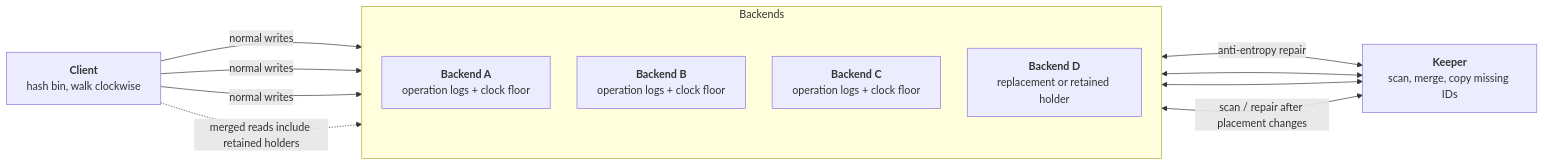
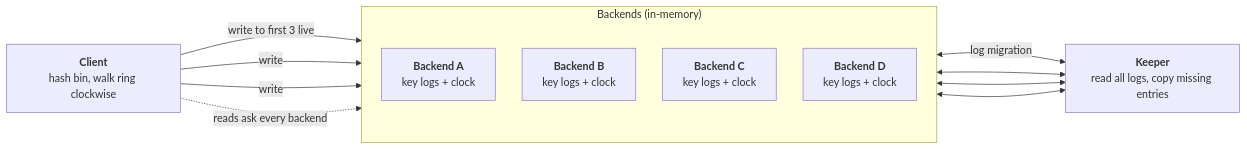
The diagram in README.md (liuziyue141/ringstore), drawn with Mermaid before and after one commit. The commit also changed other lines of this file and 3 other files, not shown here.

````diff
--- a/README.md
+++ b/README.md
@@ -9,25 +9,25 @@
 ```mermaid
 %%{init: {"flowchart": {"nodeSpacing": 40, "rankSpacing": 100}}}%%
 flowchart LR
-    C["<b>Client</b><br/>hash bin, walk clockwise"]
+    C["<b>Client</b><br/>hash bin, walk ring clockwise"]
 
-    subgraph BE["Backends"]
+    subgraph BE["Backends (in-memory)"]
         direction TB
-        B1["<b>Backend A</b><br/>operation logs + clock floor"]
-        B2["<b>Backend B</b><br/>operation logs + clock floor"]
-        B3["<b>Backend C</b><br/>operation logs + clock floor"]
-        B4["<b>Backend D</b><br/>replacement or retained holder"]
+        B1["<b>Backend A</b><br/>key logs + clock"]
+        B2["<b>Backend B</b><br/>key logs + clock"]
+        B3["<b>Backend C</b><br/>key logs + clock"]
+        B4["<b>Backend D</b><br/>key logs + clock"]
     end
 
-    K["<b>Keeper</b><br/>scan, merge, copy missing IDs"]
+    K["<b>Keeper</b><br/>read all logs, copy missing entries"]
 
-    C -->|"normal writes"| B1
-    C -->|"normal writes"| B2
-    C -->|"normal writes"| B3
-    C -.->|"merged reads include retained holders"| B4
+    C -->|"write to first 3 live"| B1
+    C -->|"write"| B2
+    C -->|"write"| B3
+    C -.->|"reads ask every backend"| B4
 
-    B1 <-->|"anti-entropy repair"| K
+    B1 <-->|"log migration"| K
     B2 <--> K
     B3 <--> K
-    B4 <-->|"scan / repair after placement changes"| K
+    B4 <--> K
 ```
````
